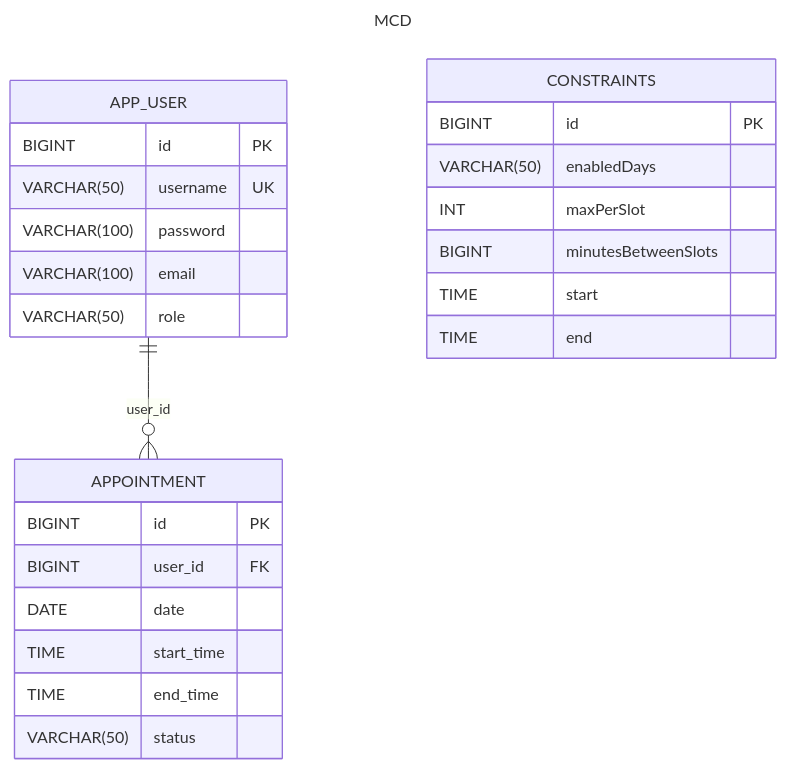
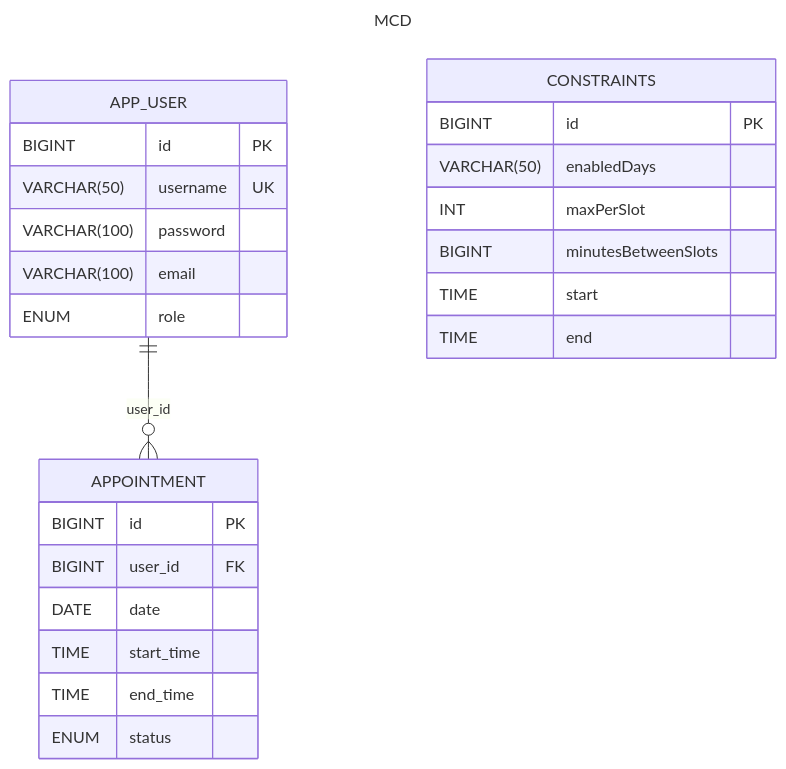
Before and after one commit to gwendal-margely/calendar: the diagram in ReadMe.md, drawn with Mermaid. The commit also changed other lines of this file, not shown here.

Commit message:
Update ReadMe + enum + 2025.md

````diff
--- a/ReadMe.md
+++ b/ReadMe.md
@@ -187,34 +187,34 @@
 ``` mermaid
 ---
 title: MCD
 ---
 erDiagram
     APP_USER {
         BIGINT id PK
         VARCHAR(50) username UK
         VARCHAR(100) password
         VARCHAR(100) email
-        VARCHAR(50) role
+        ENUM role
     }
 
     APPOINTMENT {
         BIGINT id PK
         BIGINT user_id FK
         DATE date
         TIME start_time
         TIME end_time
-        VARCHAR(50) status
+        ENUM status
     }
 
     CONSTRAINTS {
         BIGINT id PK
         VARCHAR(50) enabledDays
         INT maxPerSlot
         BIGINT minutesBetweenSlots
         TIME start
         TIME end
     }
 
     APP_USER ||--o{ APPOINTMENT : "user_id"
 
 ```
````
